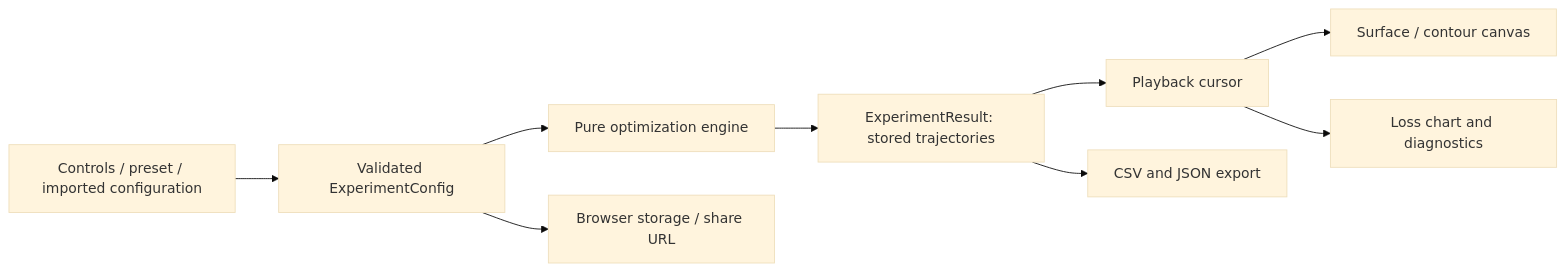
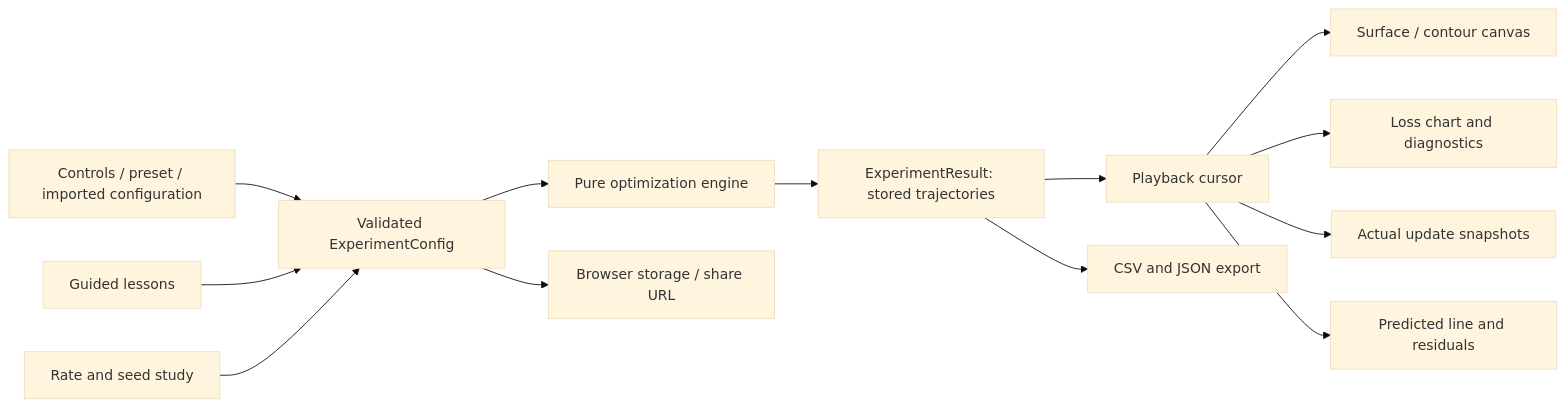
Before and after one commit to guptavernit2-afk/descent-lab: the diagram in docs/architecture.md, drawn with Mermaid (base theme). The commit also changed other lines of this file and 18 other files, not shown here.

````diff
--- a/docs/architecture.md
+++ b/docs/architecture.md
@@ -5,11 +5,15 @@
 ```mermaid
 flowchart LR
   Controls[Controls / preset / imported configuration] --> Validation[Validated ExperimentConfig]
+  Lessons[Guided lessons] --> Validation
+  Study[Rate and seed study] --> Validation
   Validation --> Engine[Pure optimization engine]
   Engine --> Result[ExperimentResult: stored trajectories]
   Result --> Playback[Playback cursor]
   Playback --> Surface[Surface / contour canvas]
   Playback --> Diagnostics[Loss chart and diagnostics]
+  Playback --> Inspector[Actual update snapshots]
+  Playback --> Model[Predicted line and residuals]
   Result --> Export[CSV and JSON export]
   Validation --> Saved[Browser storage / share URL]
 ```
````
